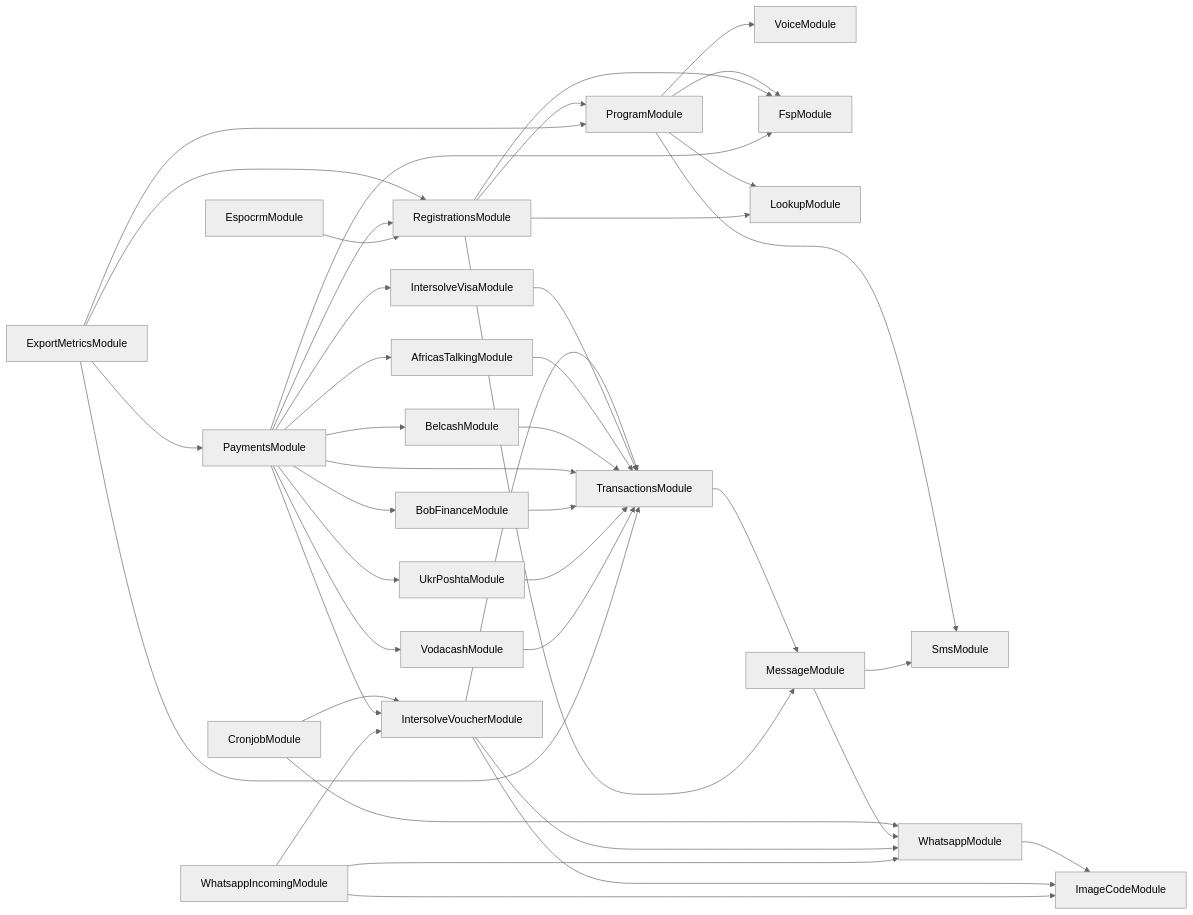
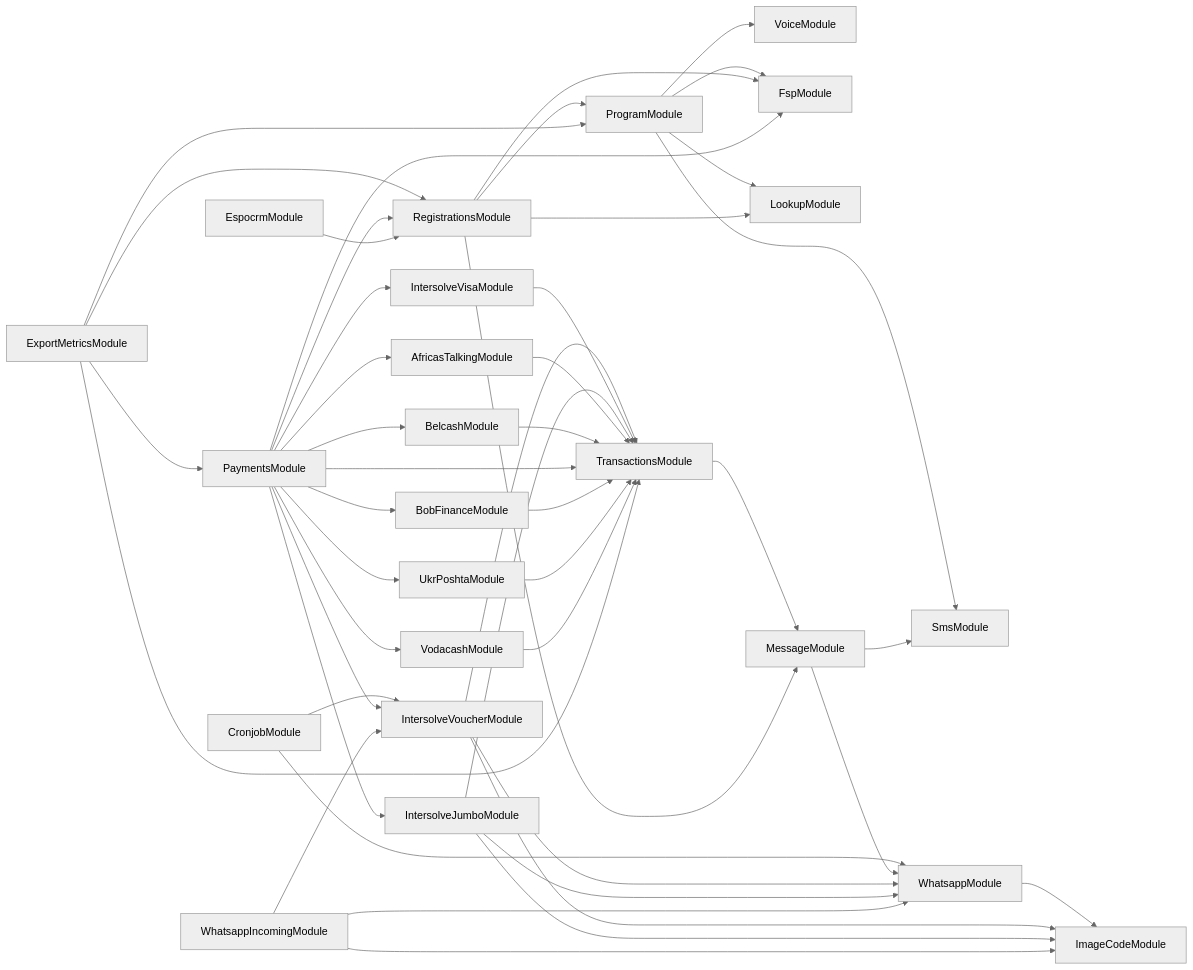
One commit to global-121/121-platform changed the diagram in services/121-service/module-dependencies.md. Above: the diagram before and after it, drawn with Mermaid (neutral theme). The commit also changed 24 other files, not shown here.

````diff
--- a/services/121-service/module-dependencies.md
+++ b/services/121-service/module-dependencies.md
@@ -3,44 +3,48 @@
 ```mermaid
 graph LR
   ProgramModule-->SmsModule
   ProgramModule-->VoiceModule
   ProgramModule-->FspModule
   ProgramModule-->LookupModule
   CronjobModule-->WhatsappModule
   WhatsappModule-->ImageCodeModule
   CronjobModule-->IntersolveVoucherModule
   IntersolveVoucherModule-->ImageCodeModule
   IntersolveVoucherModule-->TransactionsModule
   TransactionsModule-->MessageModule
   MessageModule-->WhatsappModule
   MessageModule-->SmsModule
   IntersolveVoucherModule-->WhatsappModule
   RegistrationsModule-->LookupModule
   RegistrationsModule-->ProgramModule
   RegistrationsModule-->FspModule
   RegistrationsModule-->MessageModule
   ExportMetricsModule-->ProgramModule
   ExportMetricsModule-->RegistrationsModule
   ExportMetricsModule-->PaymentsModule
   PaymentsModule-->FspModule
   PaymentsModule-->IntersolveVoucherModule
   PaymentsModule-->IntersolveVisaModule
   IntersolveVisaModule-->TransactionsModule
+  PaymentsModule-->IntersolveJumboModule
+  IntersolveJumboModule-->ImageCodeModule
+  IntersolveJumboModule-->TransactionsModule
+  IntersolveJumboModule-->WhatsappModule
   PaymentsModule-->AfricasTalkingModule
   AfricasTalkingModule-->TransactionsModule
   PaymentsModule-->BelcashModule
   BelcashModule-->TransactionsModule
   PaymentsModule-->TransactionsModule
   PaymentsModule-->BobFinanceModule
   BobFinanceModule-->TransactionsModule
   PaymentsModule-->UkrPoshtaModule
   UkrPoshtaModule-->TransactionsModule
   PaymentsModule-->VodacashModule
   VodacashModule-->TransactionsModule
   PaymentsModule-->RegistrationsModule
   ExportMetricsModule-->TransactionsModule
   WhatsappIncomingModule-->ImageCodeModule
   WhatsappIncomingModule-->IntersolveVoucherModule
   WhatsappIncomingModule-->WhatsappModule
   EspocrmModule-->RegistrationsModule
 ```
````
